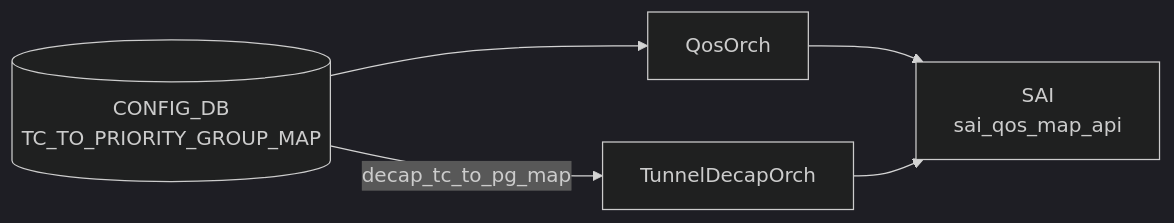
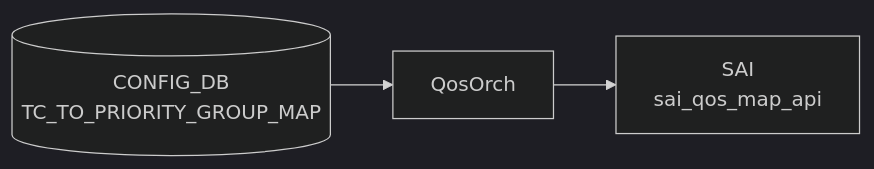
The diagram in docs/reference/config-db/tc-to-priority-group-map.md (aoki-taquan/sonic-unofficial-docs), drawn with Mermaid (dark theme) before and after one commit. The commit also changed other lines of this file and 359 other files, not shown here.

````diff
--- a/docs/reference/config-db/tc-to-priority-group-map.md
+++ b/docs/reference/config-db/tc-to-priority-group-map.md
@@ -35,11 +35,8 @@
 ```mermaid
 flowchart LR
   CDB[("CONFIG_DB<br/>TC_TO_PRIORITY_GROUP_MAP")]
-  QO["QosOrch"]
-  CDB --> QO
+  DM["QosOrch"]
+  CDB --> DM
   SAI["SAI<br/>sai_qos_map_api"]
-  QO --> SAI
-  TDO["TunnelDecapOrch"]
-  CDB -->|decap_tc_to_pg_map| TDO
-  TDO --> SAI
+  DM --> SAI
 ```
````
